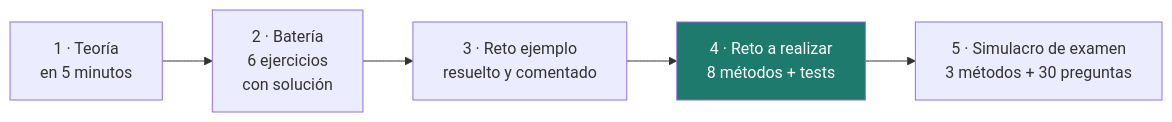
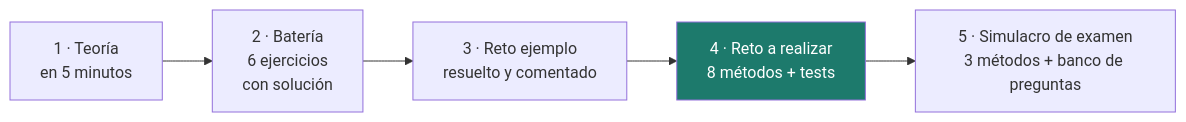
The diagram in docs/index.md (campusdevfp/sost2627), drawn with Mermaid before and after one commit. The commit also changed 10 other files, not shown here.

````diff
--- a/docs/index.md
+++ b/docs/index.md
@@ -28,8 +28,8 @@
 ```mermaid
 flowchart LR
     T["1 · Teoría<br/>en 5 minutos"] --> B["2 · Batería<br/>6 ejercicios<br/>con solución"]
     B --> RE["3 · Reto ejemplo<br/>resuelto y comentado"]
     RE --> RR["4 · Reto a realizar<br/>8 métodos + tests"]
-    RR --> A["5 · Simulacro de examen<br/>3 métodos + 30 preguntas"]
+    RR --> A["5 · Simulacro de examen<br/>3 métodos + banco de preguntas"]
     style RR fill:#1d7a6c,color:#fff
 ```
````
